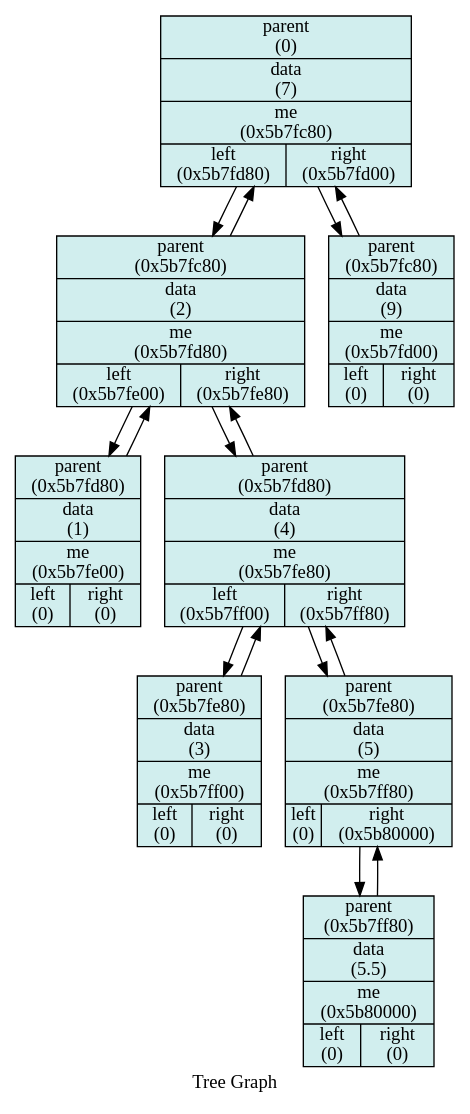
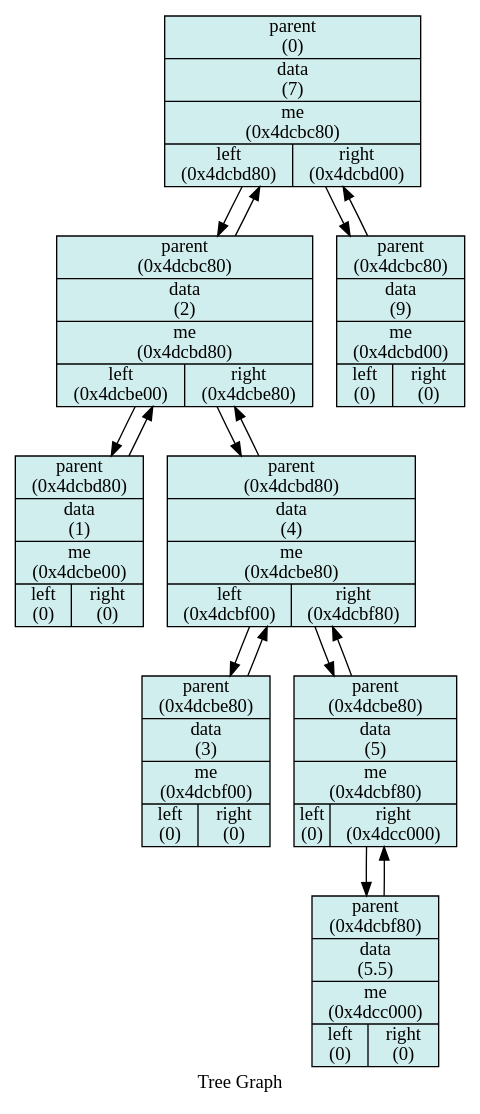
One commit to StaVan28/iLab changed the diagram in 6_tree/txt/graph_tree_db.dot. Above: the diagram before and after it, drawn with Graphviz. The commit also changed 8 other files, not shown here.

```diff
--- a/6_tree/txt/graph_tree_db.dot
+++ b/6_tree/txt/graph_tree_db.dot
@@ -1,46 +1,46 @@
 digraph Tree {
 
 	node [shape = "circle", style = "filled", fillcolor = "red",fontcolor = "#000000", margin = "0.01"];
 	rankdir = "TB";
 
 	label = "Tree Graph";
 
-	"0x5b7fc80" [shape = "record", fillcolor="lightcyan2", label = "{ {parent\n (0) } |{data\n (7) } |{me\n (0x5b7fc80) } |{left\n (0x5b7fd80)   |right\n (0x5b7fd00) } }"];
-	"0x5b7fc80"->"0x5b7fd80";
-	"0x5b7fc80"->"0x5b7fd00";
+	"0x4dcbc80" [shape = "record", fillcolor="lightcyan2", label = "{ {parent\n (0) } |{data\n (7) } |{me\n (0x4dcbc80) } |{left\n (0x4dcbd80)   |right\n (0x4dcbd00) } }"];
+	"0x4dcbc80"->"0x4dcbd80";
+	"0x4dcbc80"->"0x4dcbd00";
 
 
-	"0x5b7fd00" [shape = "record", fillcolor="lightcyan2", label = "{ {parent\n (0x5b7fc80) } |{data\n (9) } |{me\n (0x5b7fd00) } |{left\n (0)   |right\n (0) } }"];
-	"0x5b7fd00"->"0x5b7fc80";
+	"0x4dcbd00" [shape = "record", fillcolor="lightcyan2", label = "{ {parent\n (0x4dcbc80) } |{data\n (9) } |{me\n (0x4dcbd00) } |{left\n (0)   |right\n (0) } }"];
+	"0x4dcbd00"->"0x4dcbc80";
 
 
-	"0x5b7fd80" [shape = "record", fillcolor="lightcyan2", label = "{ {parent\n (0x5b7fc80) } |{data\n (2) } |{me\n (0x5b7fd80) } |{left\n (0x5b7fe00)   |right\n (0x5b7fe80) } }"];
-	"0x5b7fd80"->"0x5b7fc80";
-	"0x5b7fd80"->"0x5b7fe00";
-	"0x5b7fd80"->"0x5b7fe80";
+	"0x4dcbd80" [shape = "record", fillcolor="lightcyan2", label = "{ {parent\n (0x4dcbc80) } |{data\n (2) } |{me\n (0x4dcbd80) } |{left\n (0x4dcbe00)   |right\n (0x4dcbe80) } }"];
+	"0x4dcbd80"->"0x4dcbc80";
+	"0x4dcbd80"->"0x4dcbe00";
+	"0x4dcbd80"->"0x4dcbe80";
 
 
-	"0x5b7fe80" [shape = "record", fillcolor="lightcyan2", label = "{ {parent\n (0x5b7fd80) } |{data\n (4) } |{me\n (0x5b7fe80) } |{left\n (0x5b7ff00)   |right\n (0x5b7ff80) } }"];
-	"0x5b7fe80"->"0x5b7fd80";
-	"0x5b7fe80"->"0x5b7ff00";
-	"0x5b7fe80"->"0x5b7ff80";
+	"0x4dcbe80" [shape = "record", fillcolor="lightcyan2", label = "{ {parent\n (0x4dcbd80) } |{data\n (4) } |{me\n (0x4dcbe80) } |{left\n (0x4dcbf00)   |right\n (0x4dcbf80) } }"];
+	"0x4dcbe80"->"0x4dcbd80";
+	"0x4dcbe80"->"0x4dcbf00";
+	"0x4dcbe80"->"0x4dcbf80";
 
 
-	"0x5b7ff80" [shape = "record", fillcolor="lightcyan2", label = "{ {parent\n (0x5b7fe80) } |{data\n (5) } |{me\n (0x5b7ff80) } |{left\n (0)   |right\n (0x5b80000) } }"];
-	"0x5b7ff80"->"0x5b7fe80";
-	"0x5b7ff80"->"0x5b80000";
+	"0x4dcbf80" [shape = "record", fillcolor="lightcyan2", label = "{ {parent\n (0x4dcbe80) } |{data\n (5) } |{me\n (0x4dcbf80) } |{left\n (0)   |right\n (0x4dcc000) } }"];
+	"0x4dcbf80"->"0x4dcbe80";
+	"0x4dcbf80"->"0x4dcc000";
 
 
-	"0x5b80000" [shape = "record", fillcolor="lightcyan2", label = "{ {parent\n (0x5b7ff80) } |{data\n (5.5) } |{me\n (0x5b80000) } |{left\n (0)   |right\n (0) } }"];
-	"0x5b80000"->"0x5b7ff80";
+	"0x4dcc000" [shape = "record", fillcolor="lightcyan2", label = "{ {parent\n (0x4dcbf80) } |{data\n (5.5) } |{me\n (0x4dcc000) } |{left\n (0)   |right\n (0) } }"];
+	"0x4dcc000"->"0x4dcbf80";
 
 
-	"0x5b7ff00" [shape = "record", fillcolor="lightcyan2", label = "{ {parent\n (0x5b7fe80) } |{data\n (3) } |{me\n (0x5b7ff00) } |{left\n (0)   |right\n (0) } }"];
-	"0x5b7ff00"->"0x5b7fe80";
+	"0x4dcbf00" [shape = "record", fillcolor="lightcyan2", label = "{ {parent\n (0x4dcbe80) } |{data\n (3) } |{me\n (0x4dcbf00) } |{left\n (0)   |right\n (0) } }"];
+	"0x4dcbf00"->"0x4dcbe80";
 
 
-	"0x5b7fe00" [shape = "record", fillcolor="lightcyan2", label = "{ {parent\n (0x5b7fd80) } |{data\n (1) } |{me\n (0x5b7fe00) } |{left\n (0)   |right\n (0) } }"];
-	"0x5b7fe00"->"0x5b7fd80";
+	"0x4dcbe00" [shape = "record", fillcolor="lightcyan2", label = "{ {parent\n (0x4dcbd80) } |{data\n (1) } |{me\n (0x4dcbe00) } |{left\n (0)   |right\n (0) } }"];
+	"0x4dcbe00"->"0x4dcbd80";
 
 
 }
```
